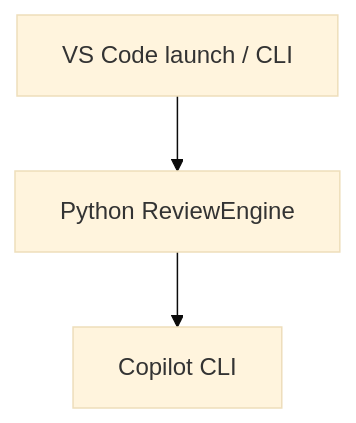
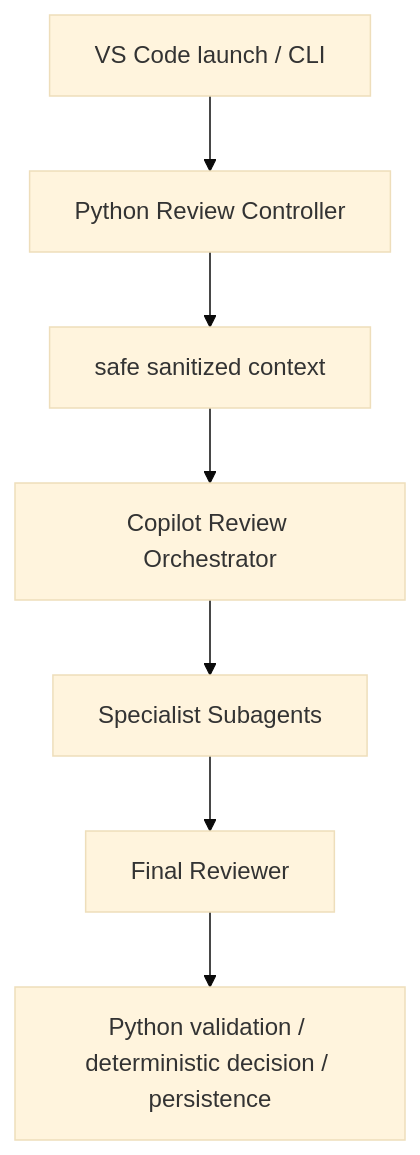
One commit to yantzn/copilot-multi-review changed the fourth of 4 diagrams in docs/architecture.md. Above: the diagram before and after it, drawn with Mermaid (base theme). The commit also changed other lines of this file and 9 other files, not shown here.

Commit message:
Integrate subagent review controller

````diff
--- a/docs/architecture.md
+++ b/docs/architecture.md
@@ -130,5 +159,9 @@
 ```mermaid
 flowchart TD
-  A["VS Code launch / CLI"] --> B["Python ReviewEngine"]
-  B --> C["Copilot CLI"]
+  A["VS Code launch / CLI"] --> B["Python Review Controller"]
+  B --> C["safe sanitized context"]
+  C --> D["Copilot Review Orchestrator"]
+  D --> E["Specialist Subagents"]
+  E --> F["Final Reviewer"]
+  F --> G["Python validation / deterministic decision / persistence"]
 ```
````
